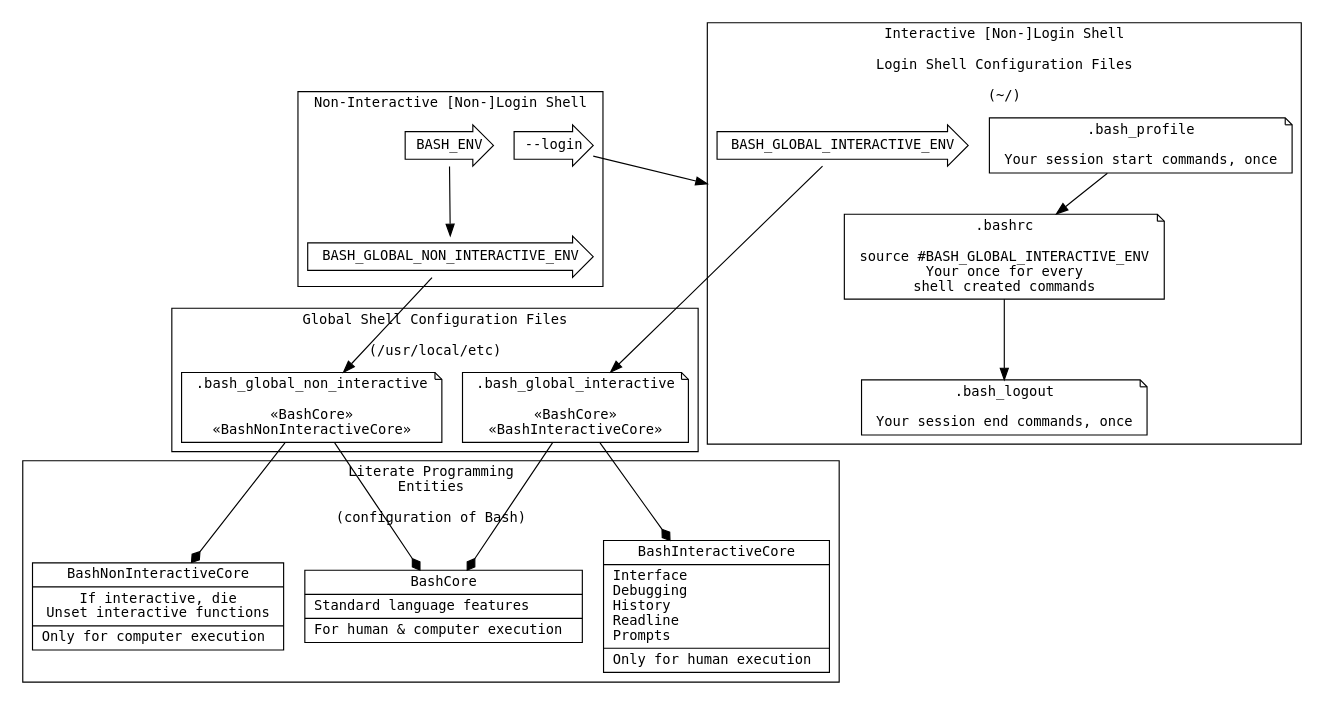
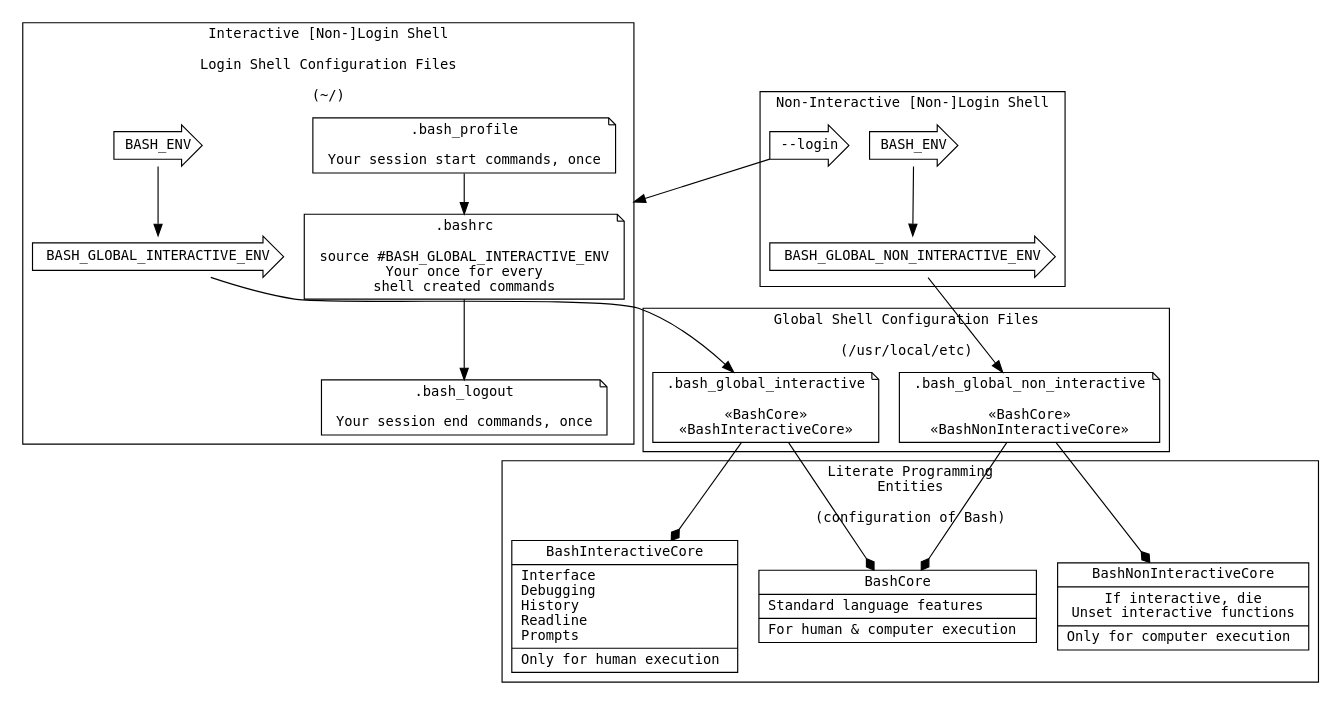
Before and after one commit to grettke/bash: the diagram in bash.org, drawn with Graphviz. The commit also changed other lines of this file and 1 other file, not shown here.

Commit message:
Make everything interactive in interactive login mode

```diff
--- a/bash.org
+++ b/bash.org
@@ -2448,41 +2448,43 @@
 #+BEGIN_SRC dot :file "./image/version04.png" :wrap "RESULTS"
 digraph version5 {
   fontname = "DejaVu Sans Mono";
   fontsize = 12;
   node [shape = "record" fontname = "DejaVu Sans Mono" fontsize = 12];
   compound = true;
   subgraph cluster_A {
     label = "Literate Programming\nEntities\n\n(configuration of Bash)";
     BashCore[label = "{BashCore|Standard language features\l|For human & computer execution\l}"];
     BashNonInteractiveCore[label = "{BashNonInteractiveCore|If interactive, die\nUnset interactive functions|Only for computer execution\l}"];
     BashInteractiveCore[label = "{BashInteractiveCore|Interface\lDebugging\lHistory\lReadline\lPrompts\l|Only for human execution\l}"];
   }
   subgraph cluster_B {
     label = "Global Shell Configuration Files\n\n(/usr/local/etc)";
     BashGlobalNonInteractiveFile[shape = "note" label = ".bash_global_non_interactive\n\n«BashCore»\n«BashNonInteractiveCore»"];
     BashGlobalInteractiveFile[shape = "note" label = ".bash_global_interactive\n\n«BashCore»\n«BashInteractiveCore»"];
   }
   subgraph cluster_C {
     label = "Interactive [Non-]Login Shell\n\nLogin Shell Configuration Files\n\n(~/)";
     BashProfile[shape = "note" label = ".bash_profile\n\nYour session start commands, once"];
     BashRc[shape = "note" label = ".bashrc\n\nsource #BASH_GLOBAL_INTERACTIVE_ENV\nYour once for every\nshell created commands"];
     BashLogout[shape = "note" label = ".bash_logout\n\nYour session end commands, once"];
+    BashInteractiveEnvProp [shape = "rarrow" label = "BASH_ENV"];
     BashGlobalInteractiveProp [shape = "rarrow" label = "BASH_GLOBAL_INTERACTIVE_ENV"];
   }
   subgraph cluster_D {
     label = "Non-Interactive [Non-]Login Shell";
     BashEnv [shape = "rarrow" label = "BASH_ENV"];
     BashGlobalNonInteractiveProp [shape = "rarrow" label = "BASH_GLOBAL_NON_INTERACTIVE_ENV"];
     BashNonInteractiveLoginInit [shape = "rarrow" label="--login"];
   }
+  BashInteractiveEnvProp -> BashGlobalInteractiveProp;
   BashProfile -> BashRc;
   BashRc -> BashLogout;
   BashEnv -> BashGlobalNonInteractiveProp -> BashGlobalNonInteractiveFile;
   BashGlobalInteractiveProp -> BashGlobalInteractiveFile;
   BashNonInteractiveLoginInit -> BashRc [lhead=cluster_C];
   BashGlobalInteractiveFile -> BashCore [arrowhead=diamond];
   BashGlobalInteractiveFile -> BashInteractiveCore [arrowhead=diamond];
   BashGlobalNonInteractiveFile -> BashCore [arrowhead=diamond];
   BashGlobalNonInteractiveFile -> BashNonInteractiveCore [arrowhead=diamond];
 }
 #+END_SRC
```
